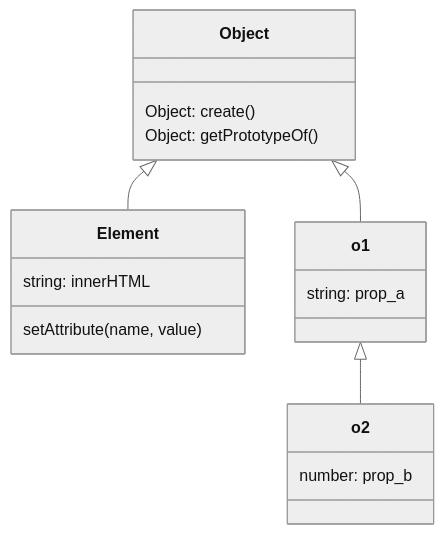
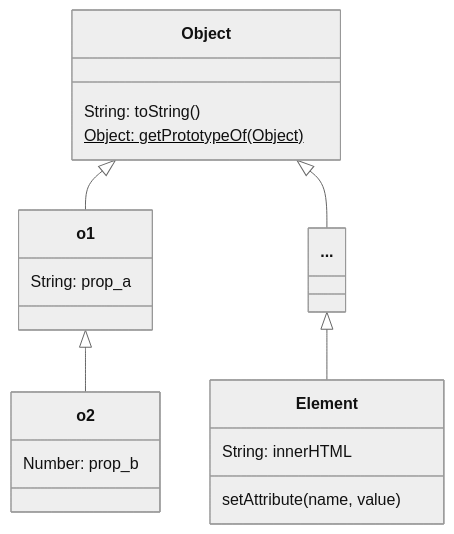
The third of 3 diagrams in slides/2.md (iacobucci/sviluppo_web_in_javascript), drawn with Mermaid before and after one commit. The commit also changed other lines of this file and 14 other files, not shown here.

```diff
--- a/slides/2.md
+++ b/slides/2.md
@@ -312,21 +360,25 @@
 <div class="mermaid" style="max-height:27vh;">
 %%{init: {'theme': 'neutral', 'mirrorActors': false} }%%
 classDiagram
 	class Object {
-		Object: create()
-		Object: getPrototypeOf()
+		String: toString()
+		Object: getPrototypeOf(Object)$
 	}
+	class  Others["..."]:::styleOthers{
+    }
 	class Element{
-		string: innerHTML
+		String: innerHTML
 		setAttribute(name, value)
 	}
 	class o1 {
-		string: prop_a
+		String: prop_a
 	}
 	class o2 {
-		number: prop_b
+		Number: prop_b
 	}
 	Object <|-- o1
 	o1 <| -- o2
-	Object <|-- Element
+	Others <|-- Element
+	Object <|-- Others
+
 </div>
```
